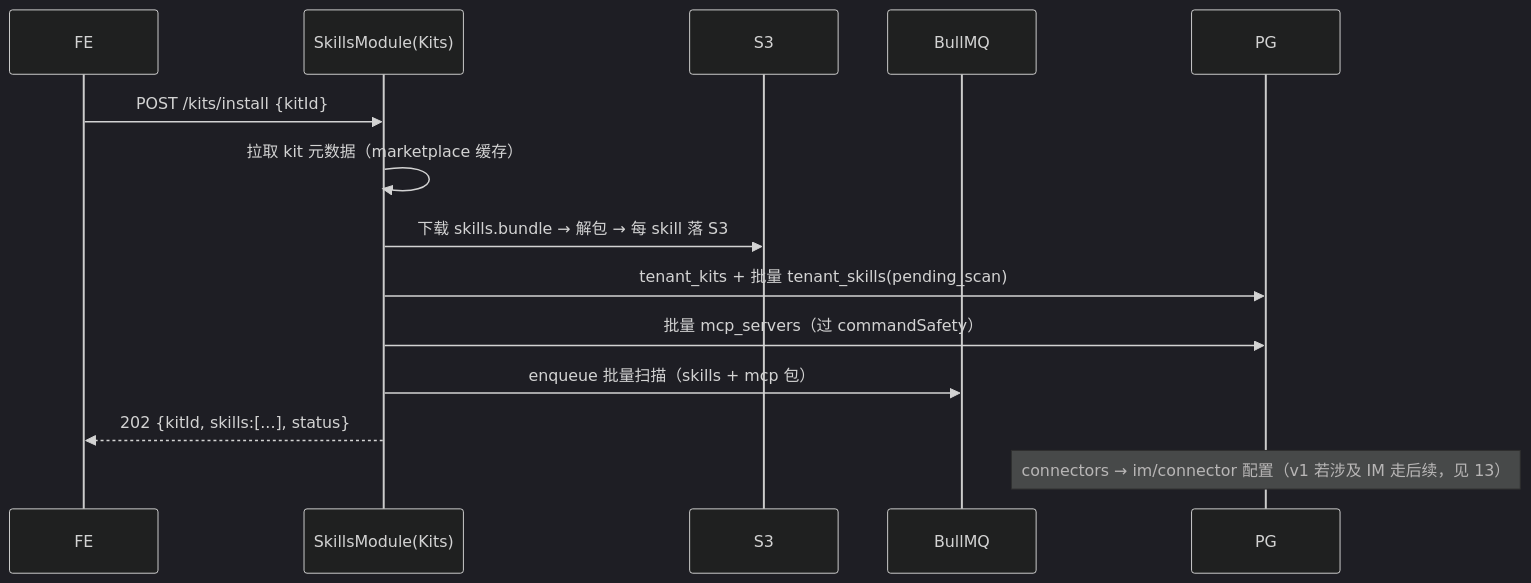
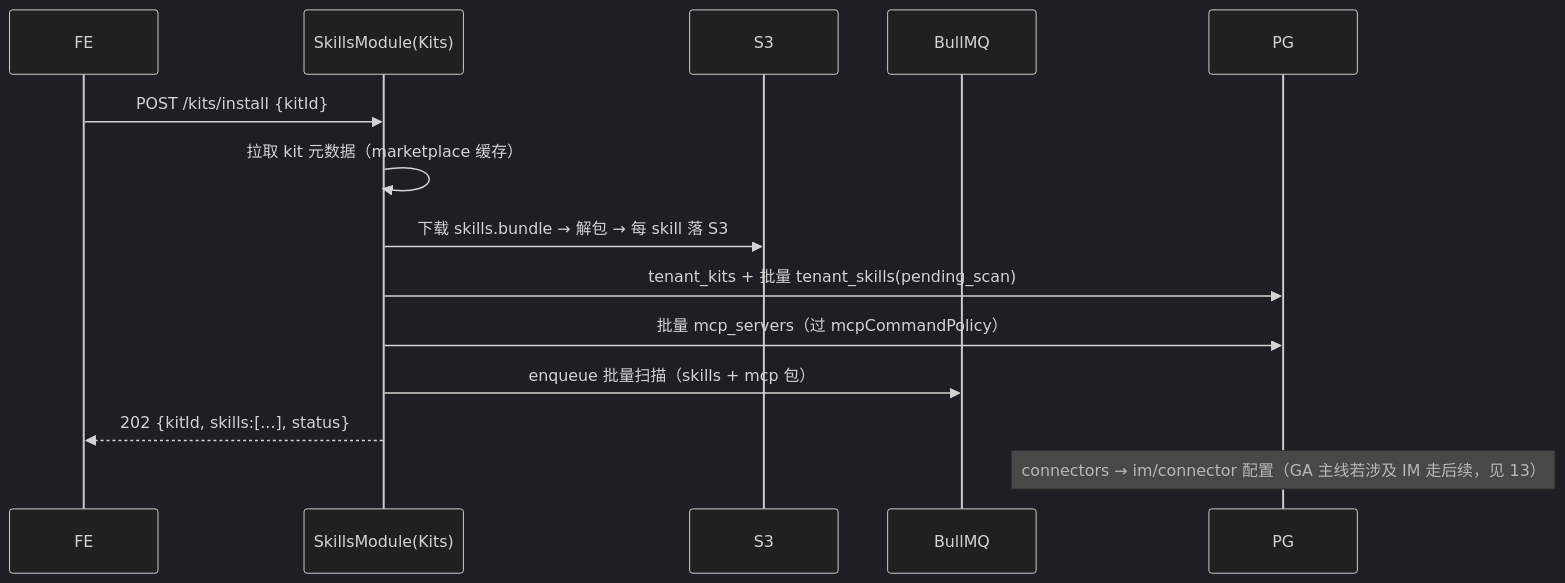
The sixth of 6 diagrams in 改造计划/10-MCP与技能改造.md (edward-ng-duke/LobsterAI), drawn with Mermaid (dark theme) before and after one commit. The commit also changed other lines of this file and 22 other files, not shown here.

````diff
--- a/改造计划/10-MCP与技能改造.md
+++ b/改造计划/10-MCP与技能改造.md
@@ -470,17 +548,17 @@
 ```mermaid
 sequenceDiagram
   participant FE
   participant API as SkillsModule(Kits)
   participant S3
   participant Q as BullMQ
   participant PG
 
   FE->>API: POST /kits/install {kitId}
   API->>API: 拉取 kit 元数据（marketplace 缓存）
   API->>S3: 下载 skills.bundle → 解包 → 每 skill 落 S3
   API->>PG: tenant_kits + 批量 tenant_skills(pending_scan)
-  API->>PG: 批量 mcp_servers（过 commandSafety）
+  API->>PG: 批量 mcp_servers（过 mcpCommandPolicy）
   API->>Q: enqueue 批量扫描（skills + mcp 包）
   API-->>FE: 202 {kitId, skills:[...], status}
-  Note over PG: connectors → im/connector 配置（v1 若涉及 IM 走后续，见 13）
+  Note over PG: connectors → im/connector 配置（GA 主线若涉及 IM 走后续，见 13）
 ```
````
